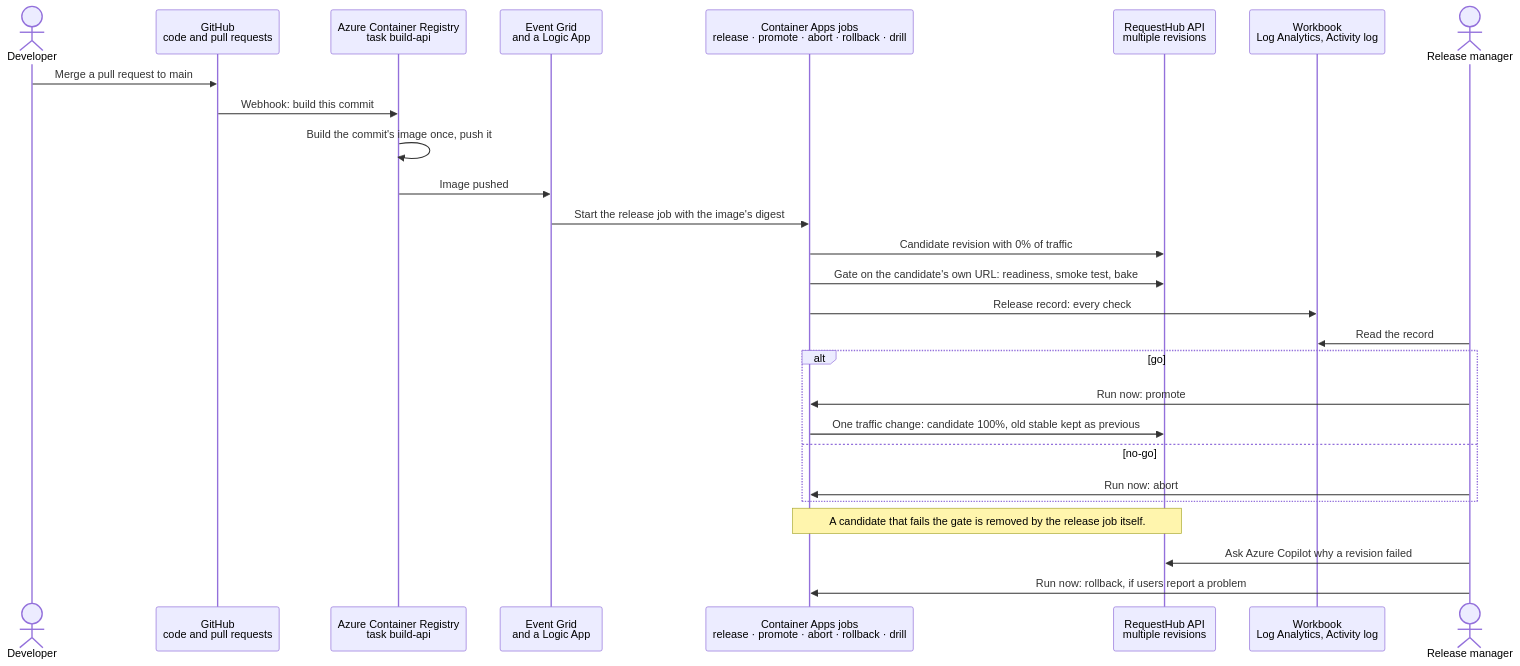
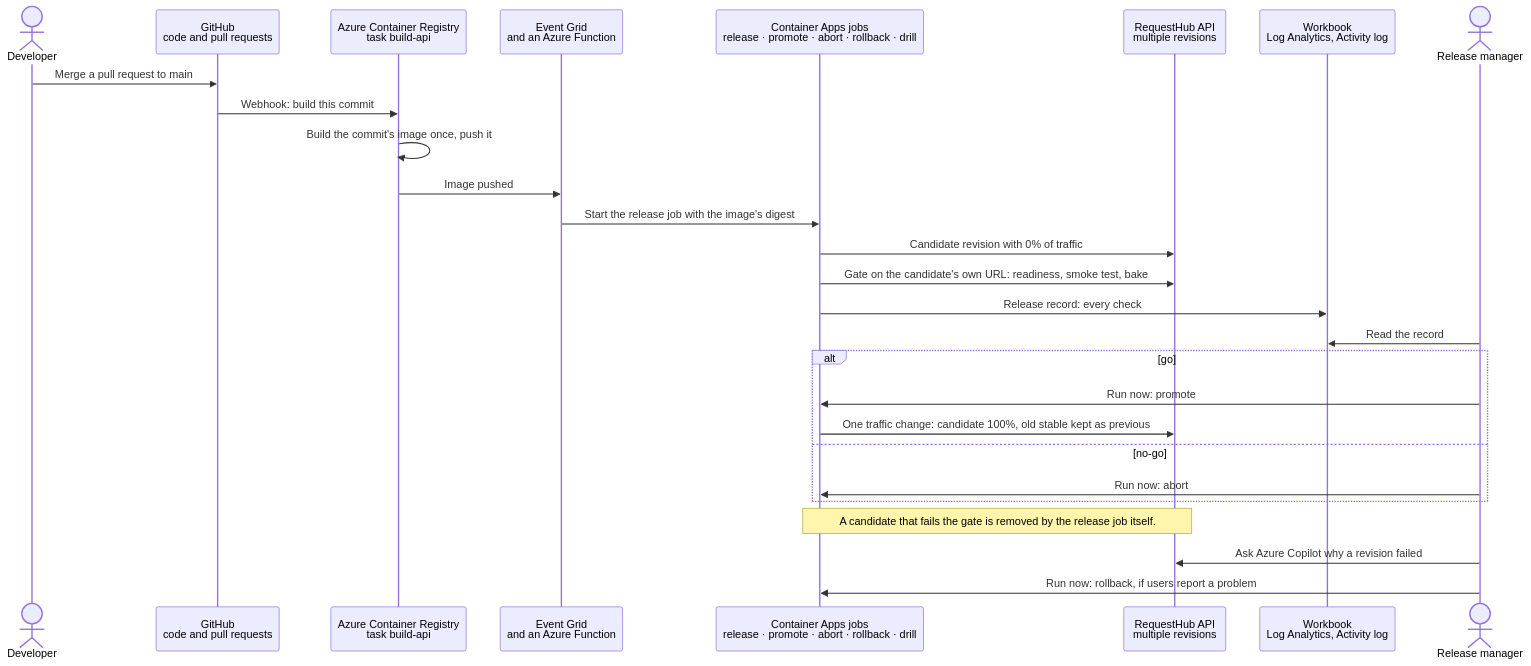
Before and after one commit to melabadi/adept-assessment-northstars: the diagram in solutions/06-release-microsoft/README.md, drawn with Mermaid. The commit also changed other lines of this file and 33 other files, not shown here.

````diff
--- a/solutions/06-release-microsoft/README.md
+++ b/solutions/06-release-microsoft/README.md
@@ -23,29 +23,29 @@
 ```mermaid
 sequenceDiagram
   actor Dev as Developer
   participant GH as GitHub<br/>code and pull requests
   participant ACR as Azure Container Registry<br/>task build-api
-  participant T as Event Grid<br/>and a Logic App
+  participant T as Event Grid<br/>and an Azure Function
   participant J as Container Apps jobs<br/>release · promote · abort · rollback · drill
   participant CA as RequestHub API<br/>multiple revisions
   participant W as Workbook<br/>Log Analytics, Activity log
   actor RM as Release manager
   Dev->>GH: Merge a pull request to main
   GH->>ACR: Webhook: build this commit
   ACR->>ACR: Build the commit's image once, push it
   ACR->>T: Image pushed
   T->>J: Start the release job with the image's digest
   J->>CA: Candidate revision with 0% of traffic
   J->>CA: Gate on the candidate's own URL: readiness, smoke test, bake
   J->>W: Release record: every check
   RM->>W: Read the record
   alt go
     RM->>J: Run now: promote
     J->>CA: One traffic change: candidate 100%, old stable kept as previous
   else no-go
     RM->>J: Run now: abort
   end
   Note over J,CA: A candidate that fails the gate is removed by the release job itself.
   RM->>CA: Ask Azure Copilot why a revision failed
   RM->>J: Run now: rollback, if users report a problem
 ```
````
